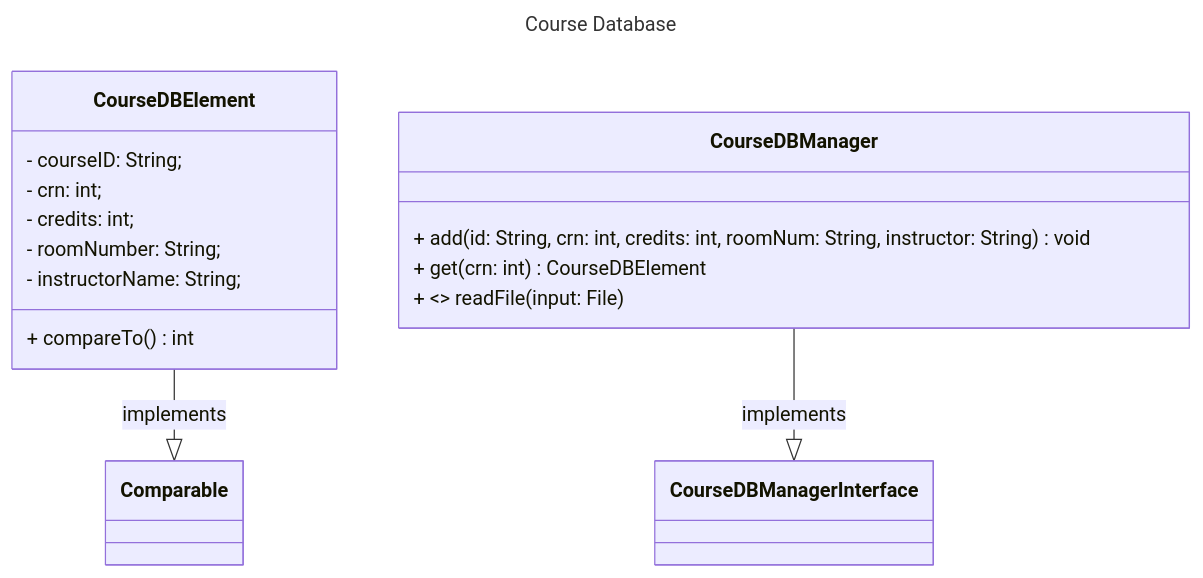
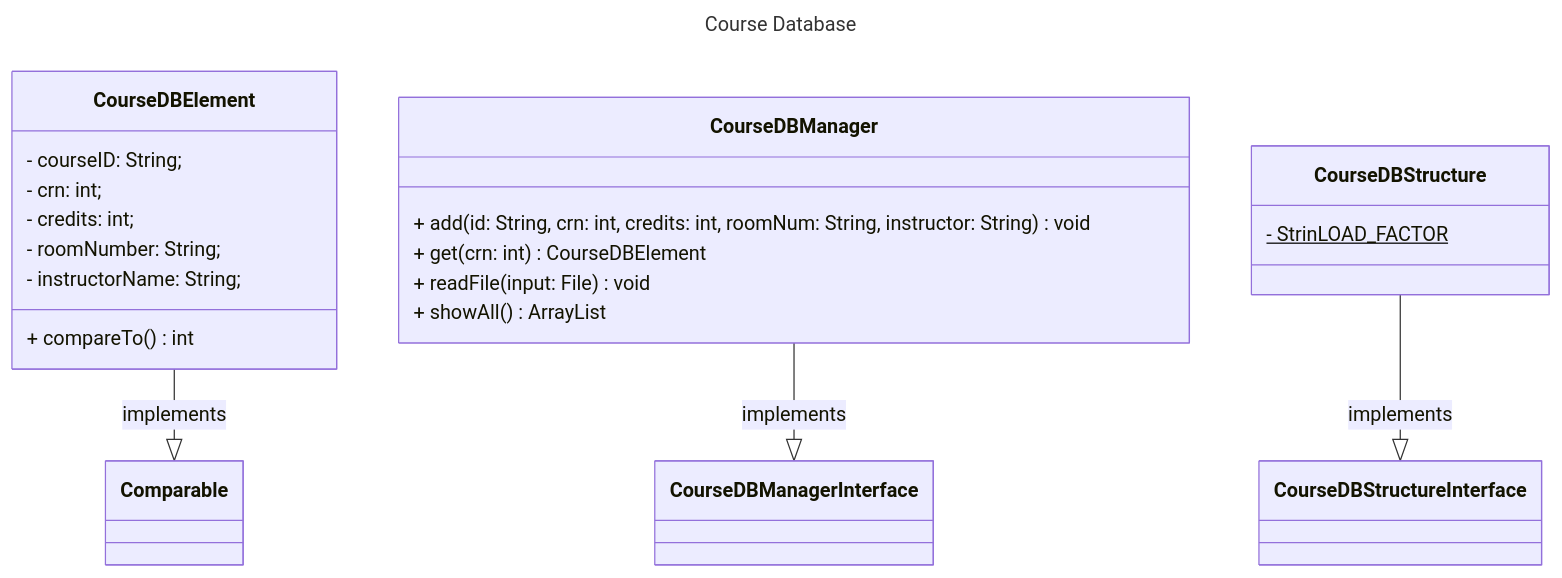
The diagram in content/project-designs/cmsc204/NguyenNicholas_Assignment4_Design/assignment4-design.md (nick-nugat/nick-nugat.github.io), drawn with Mermaid before and after one commit. The commit also changed other lines of this file and 1 other file, not shown here.

Commit message:
vault backup: 2024-03-15 16:20:16
Affected files:
content/.obsidian/plugins/update-time-on-edit/data.json
content/project-designs/cmsc204/NguyenNicholas_Assignment4_Design/assignment4-design.md

````diff
--- a/content/project-designs/cmsc204/NguyenNicholas_Assignment4_Design/assignment4-design.md
+++ b/content/project-designs/cmsc204/NguyenNicholas_Assignment4_Design/assignment4-design.md
@@ -15,32 +15,35 @@
 ```mermaid
 ---
 title: Course Database
 ---
 classDiagram
+	direction BT
 
-direction BT
-
-Comparable <|-- CourseDBElement: implements
-CourseDBManagerInterface <|-- CourseDBManager: implements
-
-class CourseDBElement { 
-    - courseID: String;  
-    - crn: int;  
-    - credits: int;  
-    - roomNumber: String;  
-    - instructorName: String;  
-  
-    + compareTo() int
-}
-
- class CourseDBManager{
-	 + add(id: String, crn: int, credits: int, roomNum: String, instructor: String) void
-	 + get(crn: int) CourseDBElement
-	 + <<exception>> readFile(input: File)
-	 
+	Comparable <|-- CourseDBElement: implements
+	CourseDBManagerInterface <|-- CourseDBManager: implements
+	CourseDBStructureInterface <|-- CourseDBStructure: implements
 	
-	 
- }
+	
+	class CourseDBElement { 
+	    - courseID: String;  
+	    - crn: int;  
+	    - credits: int;  
+	    - roomNumber: String;  
+	    - instructorName: String;  
+	  
+	    + compareTo() int
+	}
+	
+	 class CourseDBManager{
+		 + add(id: String, crn: int, credits: int, roomNum: String, instructor: String) void
+		 + get(crn: int) CourseDBElement
+		 + readFile(input: File) void
+		 + showAll() ArrayList<String>
+	 }
+	
+	 class CourseDBStructure{
+		 - StrinLOAD_FACTOR$
+	 }
 
 
 ```
````
